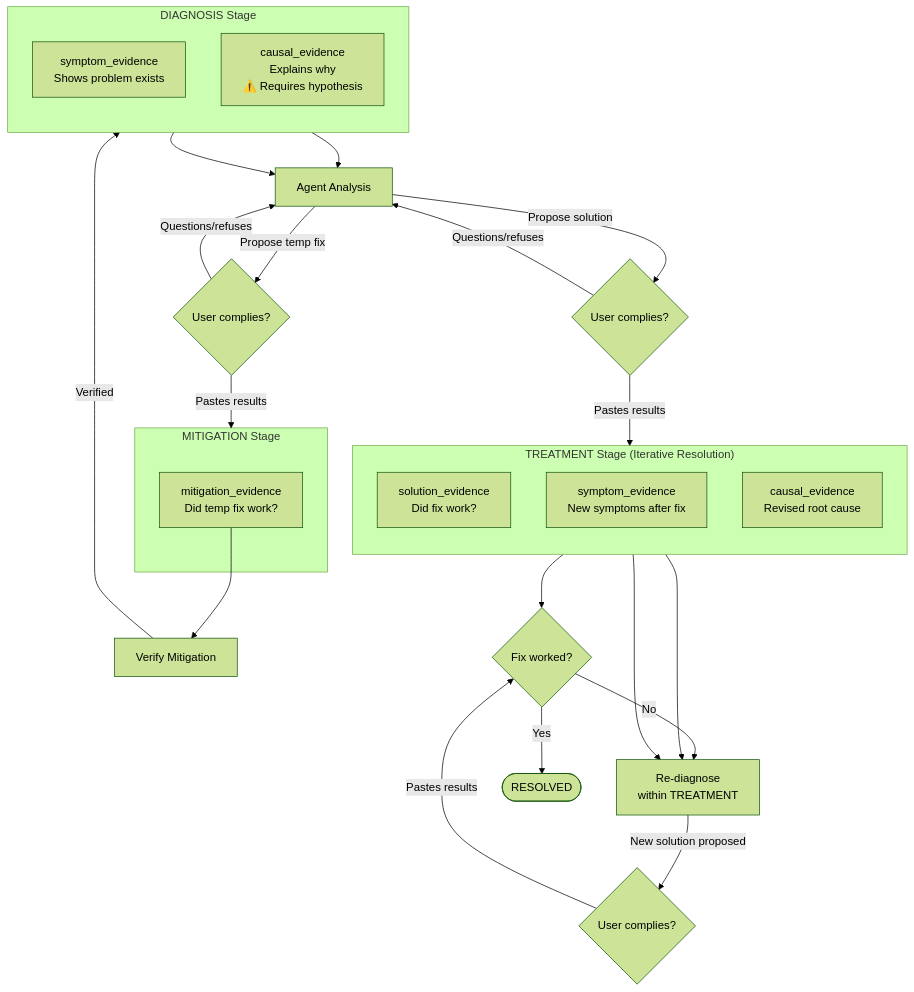
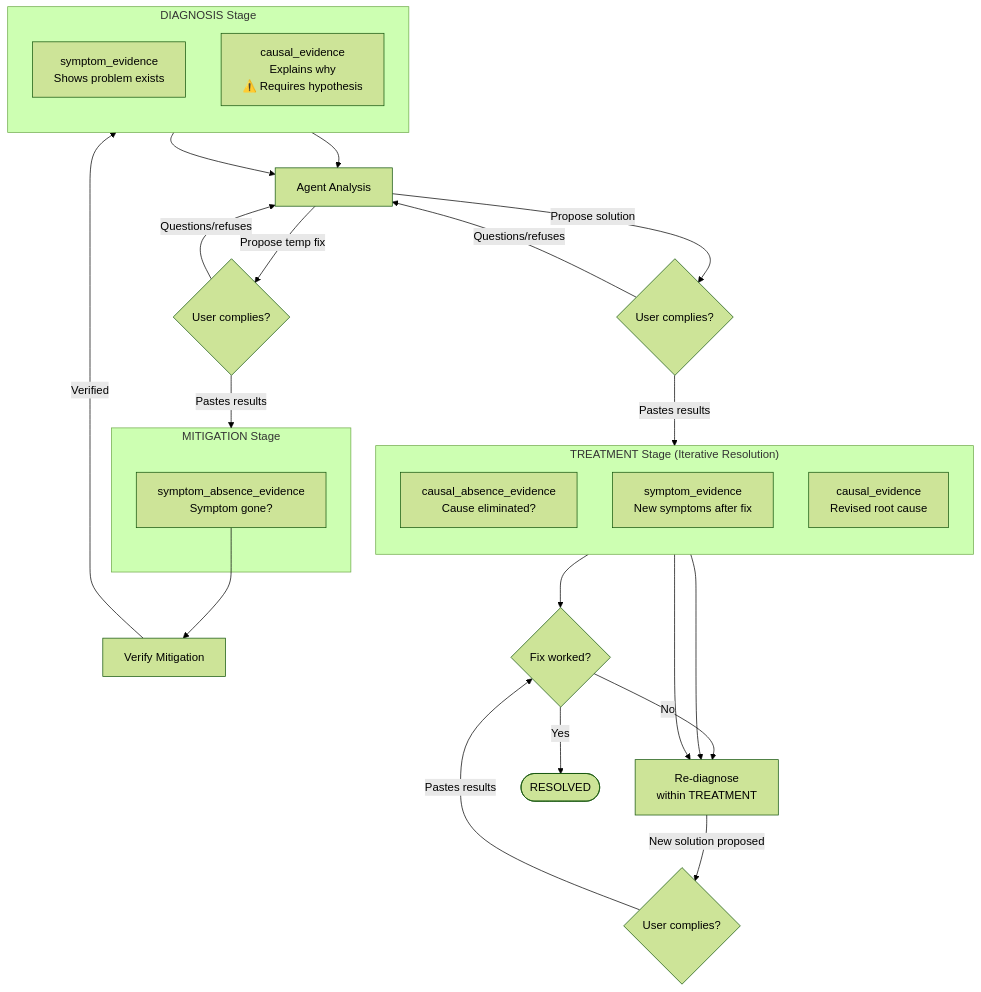
Before and after one commit to FaultMaven/faultmaven: the second of 2 diagrams in docs/architecture/investigation-engine/evidence-driven-investigation-framework.md, drawn with Mermaid (forest theme). The commit also changed other lines of this file and 27 other files, not shown here.

First line of the commit message:
GAP-5: migrate legacy evidence categories to the absence quartet (#479)

````diff
--- a/docs/architecture/investigation-engine/evidence-driven-investigation-framework.md
+++ b/docs/architecture/investigation-engine/evidence-driven-investigation-framework.md
@@ -1128,40 +1128,40 @@
 ```mermaid
 flowchart TD
     subgraph DIAGNOSIS_STAGE ["DIAGNOSIS Stage"]
         direction TB
         SE[symptom_evidence<br/>Shows problem exists]
         CE[causal_evidence<br/>Explains why<br/>⚠️ Requires hypothesis]
     end
 
     subgraph MITIGATION_STAGE ["MITIGATION Stage"]
-        ME[mitigation_evidence<br/>Did temp fix work?]
+        ME[symptom_absence_evidence<br/>Symptom gone?]
     end
 
     subgraph TREATMENT_STAGE ["TREATMENT Stage (Iterative Resolution)"]
         direction TB
-        RE[solution_evidence<br/>Did fix work?]
+        RE[causal_absence_evidence<br/>Cause eliminated?]
         SE2[symptom_evidence<br/>New symptoms after fix]
         CE2[causal_evidence<br/>Revised root cause]
     end
 
     SE --> ANALYSIS[Agent Analysis]
     CE --> ANALYSIS
     ME --> VERIFY_MIT[Verify Mitigation]
     RE --> VERIFY_OR_REDIAG{Fix worked?}
     SE2 --> REDIAG[Re-diagnose<br/>within TREATMENT]
     CE2 --> REDIAG
 
     ANALYSIS -->|Propose temp fix| USER_MIT{User complies?}
     ANALYSIS -->|Propose solution| USER_SOL{User complies?}
 
     USER_MIT -->|Pastes results| MITIGATION_STAGE
     USER_MIT -->|Questions/refuses| ANALYSIS
     USER_SOL -->|Pastes results| TREATMENT_STAGE
     USER_SOL -->|Questions/refuses| ANALYSIS
 
     VERIFY_MIT -->|Verified| DIAGNOSIS_STAGE
     VERIFY_OR_REDIAG -->|Yes| RESOLVED([RESOLVED])
     VERIFY_OR_REDIAG -->|No| REDIAG
     REDIAG -->|New solution proposed| USER_SOL2{User complies?}
     USER_SOL2 -->|Pastes results| VERIFY_OR_REDIAG
 ```
````
